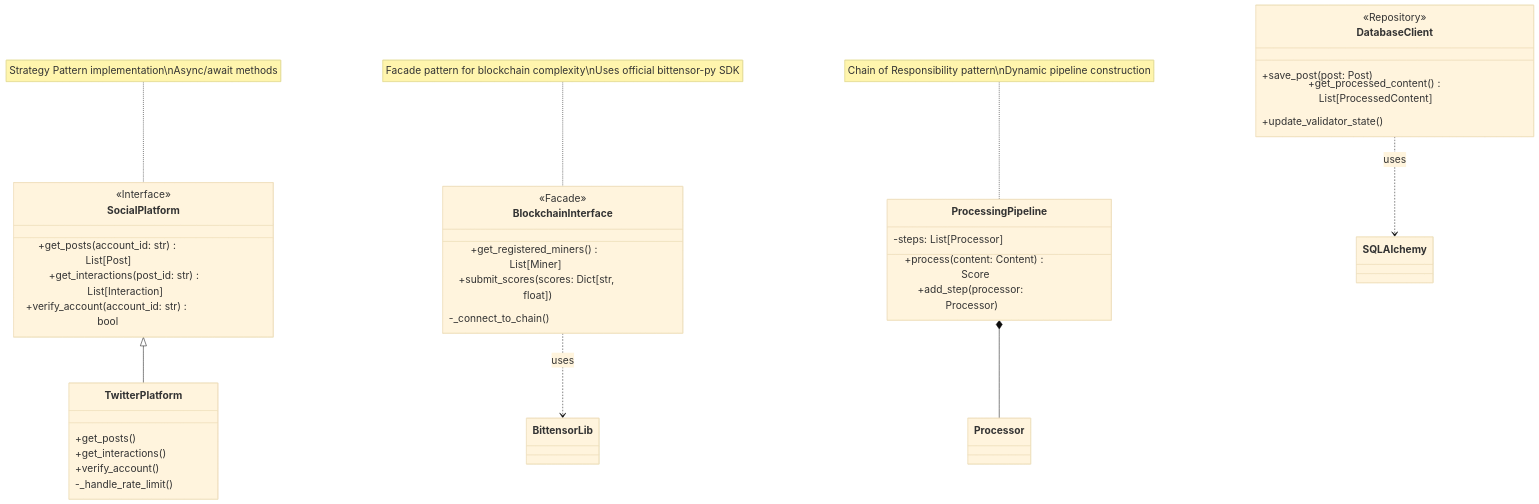
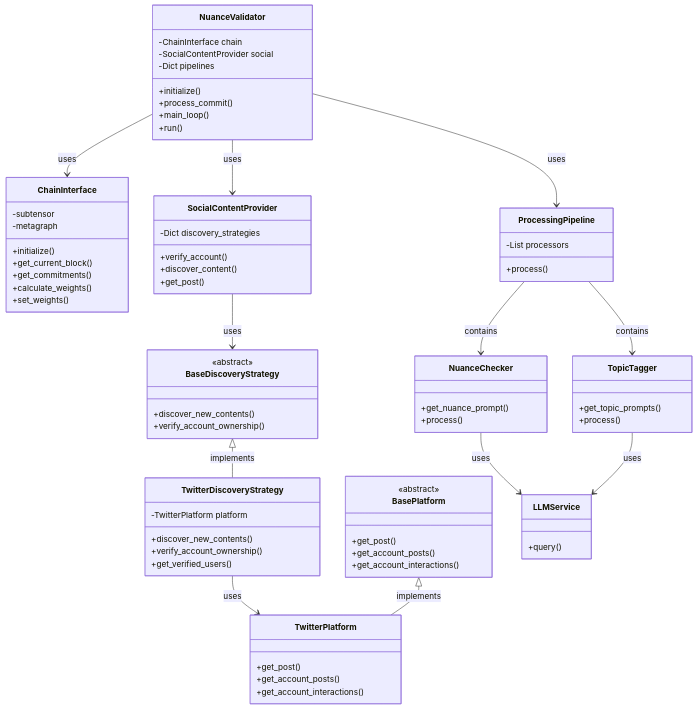
Before and after one commit to NuanceNetwork/Nuance: the diagram in docs/dev/class.md, drawn with Mermaid. The commit also changed 2 other files, not shown here.

Commit message:
Update documentation files: class.md, overall_architecture.md, and processing_flow.md

````diff
--- a/docs/dev/class.md
+++ b/docs/dev/class.md
@@ -1,56 +1,90 @@
 ```mermaid
-%%{init: {
-  'theme': 'base',
-  'themeVariables': {
-    'fontSize': '20px',
-    'nodeFontSize': '18px',
-    'edgeLabelFontSize': '16px'
-  },
-  'viewBox': '0 0 2000 1500',
-  'flowchart': { 'nodeSpacing': 200, 'rankSpacing': 60 }
-}}%%
-
 classDiagram
-    class SocialPlatform {
-        <<Interface>>
-        +get_posts(account_id: str) List[Post]
-        +get_interactions(post_id: str) List[Interaction]
-        +verify_account(account_id: str) bool
+    class NuanceValidator {
+        -ChainInterface chain
+        -SocialContentProvider social
+        -Dict pipelines
+        +initialize()
+        +process_commit()
+        +main_loop()
+        +run()
     }
-
+    
+    class ChainInterface {
+        -subtensor
+        -metagraph
+        +initialize()
+        +get_current_block()
+        +get_commitments()
+        +calculate_weights()
+        +set_weights()
+    }
+    
+    class SocialContentProvider {
+        -Dict discovery_strategies
+        +verify_account()
+        +discover_content()
+        +get_post()
+    }
+    
+    class BaseDiscoveryStrategy {
+        <<abstract>>
+        +discover_new_contents()
+        +verify_account_ownership()
+    }
+    
+    class TwitterDiscoveryStrategy {
+        -TwitterPlatform platform
+        +discover_new_contents()
+        +verify_account_ownership()
+        +get_verified_users()
+    }
+    
+    class BasePlatform {
+        <<abstract>>
+        +get_post()
+        +get_account_posts()
+        +get_account_interactions()
+    }
+    
     class TwitterPlatform {
-        +get_posts()
-        +get_interactions()
-        +verify_account()
-        -_handle_rate_limit()
+        +get_post()
+        +get_account_posts()
+        +get_account_interactions()
     }
-
+    
     class ProcessingPipeline {
-        +process(content: Content) Score
-        -steps: List[Processor]
-        +add_step(processor: Processor)
+        -List processors
+        +process()
     }
-
-    class BlockchainInterface {
-        <<Facade>>
-        +get_registered_miners() List[Miner]
-        +submit_scores(scores: Dict[str, float])
-        -_connect_to_chain()
+    
+    class NuanceChecker {
+        +get_nuance_prompt()
+        +process()
     }
-
-    class DatabaseClient {
-        <<Repository>>
-        +save_post(post: Post)
-        +get_processed_content() List[ProcessedContent]
-        +update_validator_state()
+    
+    class TopicTagger {
+        +get_topic_prompts()
+        +process()
     }
-
-    SocialPlatform <|-- TwitterPlatform
-    ProcessingPipeline *-- Processor
-    BlockchainInterface ..> BittensorLib : uses
-    DatabaseClient ..> SQLAlchemy : uses
-
-    note for SocialPlatform "Strategy Pattern implementation\nAsync/await methods"
-    note for BlockchainInterface "Facade pattern for blockchain complexity\nUses official bittensor-py SDK"
-    note for ProcessingPipeline "Chain of Responsibility pattern\nDynamic pipeline construction"
+    
+    class LLMService {
+        +query()
+    }
+    
+    NuanceValidator --> ChainInterface : uses
+    NuanceValidator --> SocialContentProvider : uses
+    NuanceValidator --> ProcessingPipeline : uses
+    
+    SocialContentProvider --> BaseDiscoveryStrategy : uses
+    BaseDiscoveryStrategy <|-- TwitterDiscoveryStrategy : implements
+    
+    TwitterDiscoveryStrategy --> TwitterPlatform : uses
+    BasePlatform <|-- TwitterPlatform : implements
+    
+    ProcessingPipeline --> NuanceChecker : contains
+    ProcessingPipeline --> TopicTagger : contains
+    
+    NuanceChecker --> LLMService : uses
+    TopicTagger --> LLMService : uses
 ```
````
